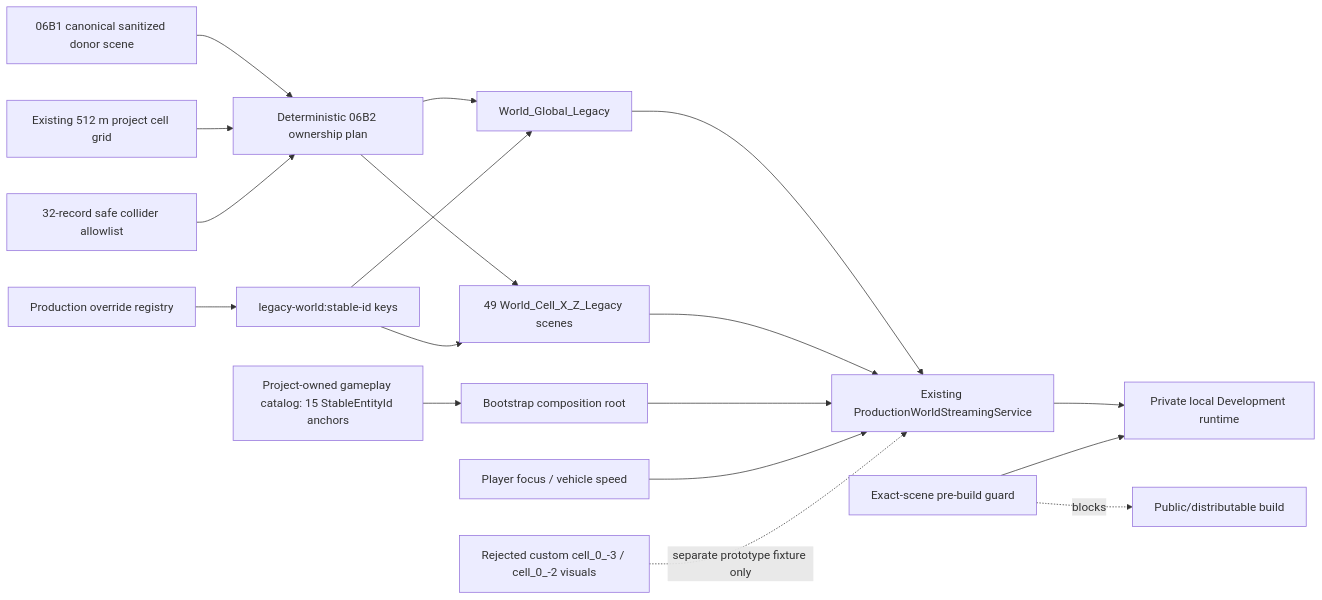
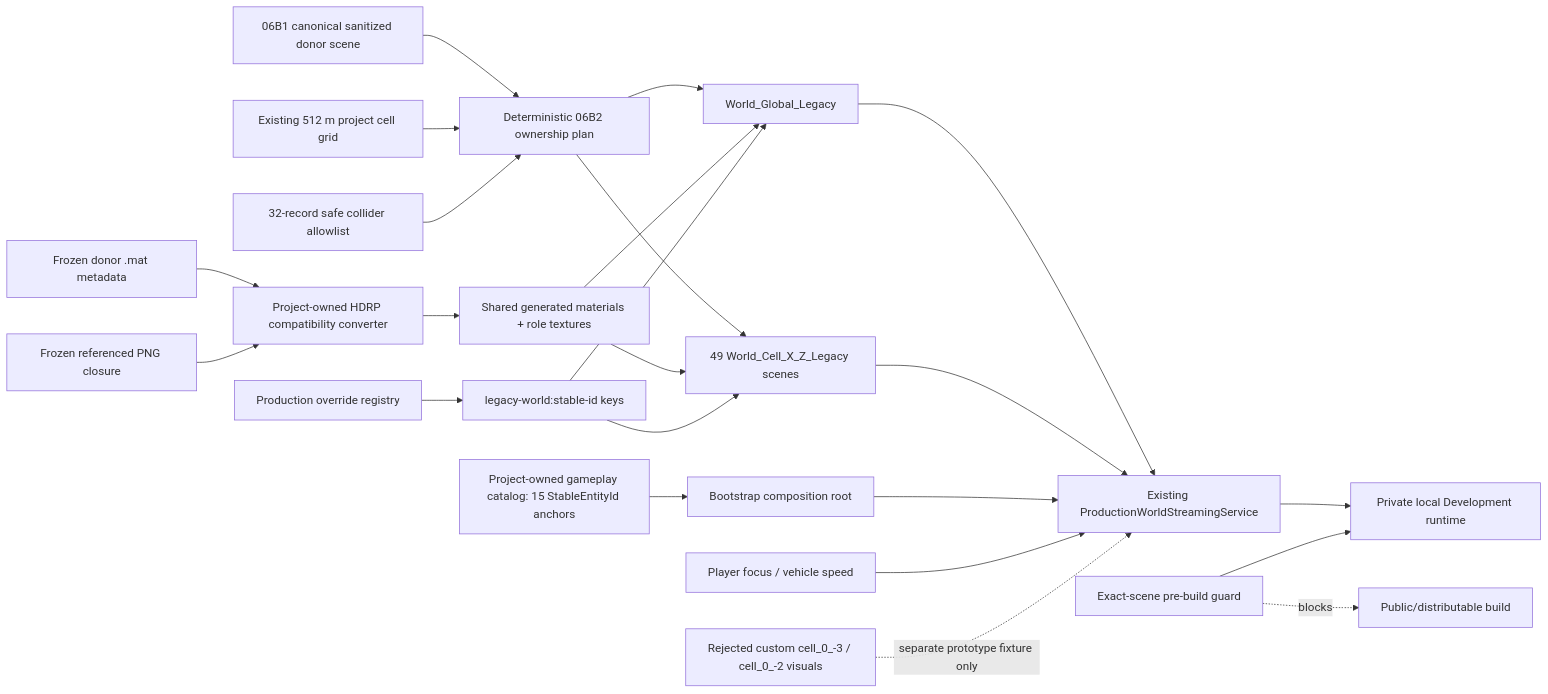
Diagram 15 of 15 in Docs/Porting/SYSTEM_MAP.md (NSNull97/MySummerCar_Remake), drawn with Mermaid before and after one commit. The commit also changed other lines of this file and 38 other files, not shown here.

````diff
--- a/Docs/Porting/SYSTEM_MAP.md
+++ b/Docs/Porting/SYSTEM_MAP.md
@@ -395,20 +395,25 @@
 ```mermaid
 flowchart LR
     CANON["06B1 canonical sanitized donor scene"] --> PLAN["Deterministic 06B2 ownership plan"]
+    MAT["Frozen donor .mat metadata"] --> CONVERT["Project-owned HDRP compatibility converter"]
+    TEX["Frozen referenced PNG closure"] --> CONVERT
+    CONVERT --> SHARED["Shared generated materials + role textures"]
     PART["Existing 512 m project cell grid"] --> PLAN
     ALLOW["32-record safe collider allowlist"] --> PLAN
     PLAN --> GLOBAL["World_Global_Legacy"]
     PLAN --> CELLS["49 World_Cell_X_Z_Legacy scenes"]
+    SHARED --> GLOBAL
+    SHARED --> CELLS
     GLOBAL --> SERVICE["Existing ProductionWorldStreamingService"]
     CELLS --> SERVICE
     BOOT["Bootstrap composition root"] --> SERVICE
     SPEED["Player focus / vehicle speed"] --> SERVICE
     GAMEPLAY["Project-owned gameplay catalog: 15 StableEntityId anchors"] --> BOOT
     REPLACE["Production override registry"] --> KEYS["legacy-world:stable-id keys"]
     KEYS --> GLOBAL
     KEYS --> CELLS
     PROTO["Rejected custom cell_0_-3 / cell_0_-2 visuals"] -. "separate prototype fixture only" .-> SERVICE
     SERVICE --> PRIVATE["Private local Development runtime"]
     GUARD["Exact-scene pre-build guard"] --> PRIVATE
     GUARD -. "blocks" .-> PUBLIC["Public/distributable build"]
 ```
````
